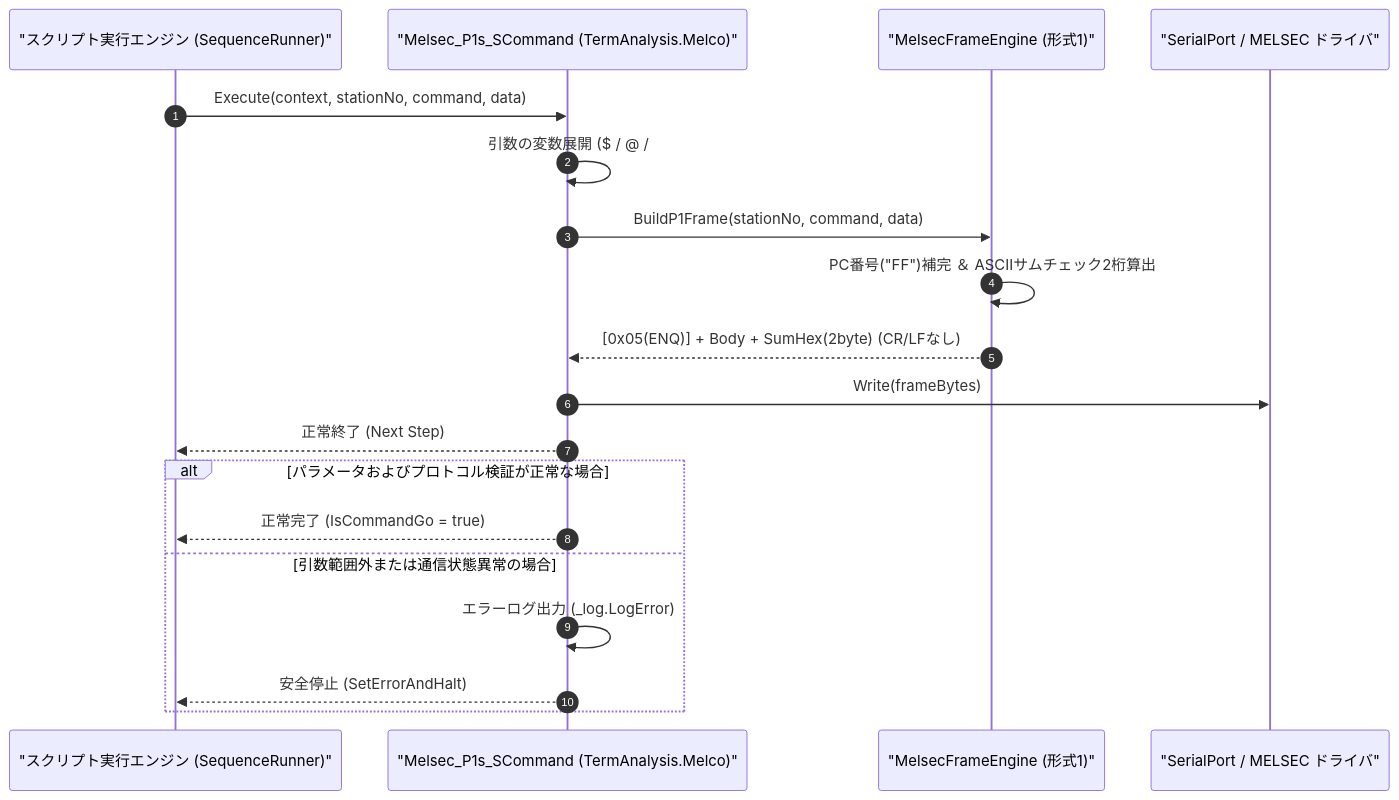
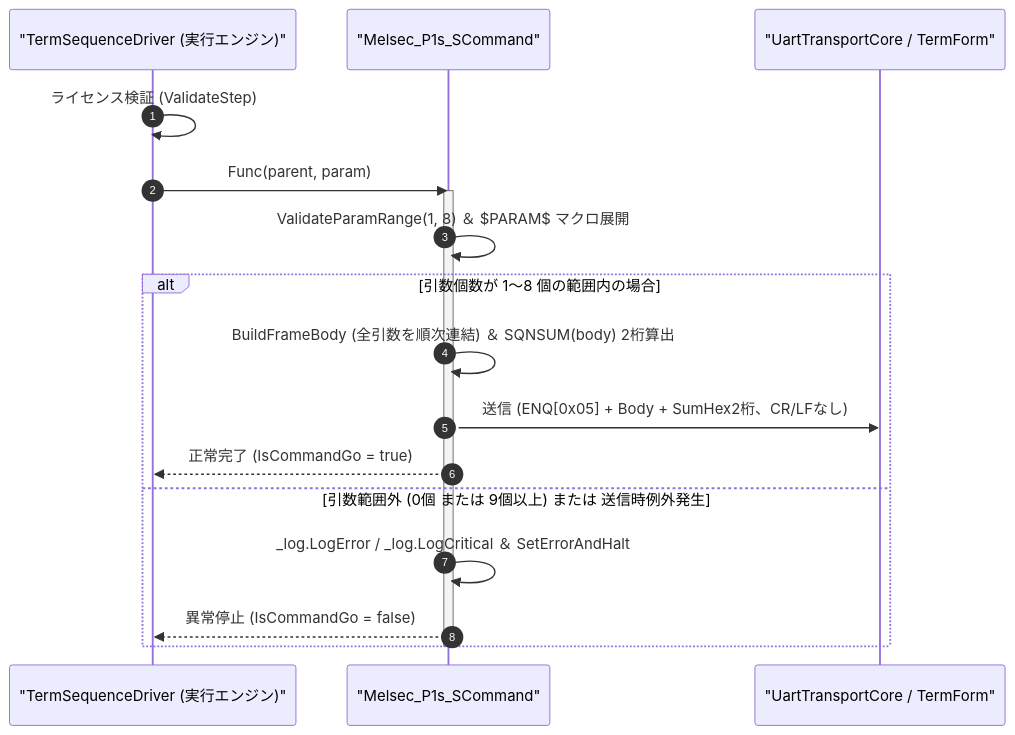
Before and after one commit to Monaca-App/TermAddIn: the diagram in Manual/Melco/Melsec_P1s_S.Md, drawn with Mermaid. The commit also changed other lines of this file and 157 other files, not shown here.

````diff
--- a/Manual/Melco/Melsec_P1s_S.Md
+++ b/Manual/Melco/Melsec_P1s_S.Md
@@ -70,22 +78,21 @@
 ```mermaid
 sequenceDiagram
     autonumber
-    participant Script as "スクリプト実行エンジン (SequenceRunner)"
-    participant Cmd as "Melsec_P1s_SCommand (TermAnalysis.Melco)"
-    participant Framing as "MelsecFrameEngine (形式1)"
-    participant Port as "SerialPort / MELSEC ドライバ"
+    participant Driver as "TermSequenceDriver (実行エンジン)"
+    participant Cmd as "Melsec_P1s_SCommand"
+    participant Port as "UartTransportCore / TermForm"
 
-    Script->>Cmd: Execute(context, stationNo, command, data)
-    Cmd->>Cmd: 引数の変数展開 ($ / @ / #)
-    Cmd->>Framing: BuildP1Frame(stationNo, command, data)
-    Framing->>Framing: PC番号("FF")補完 ＆ ASCIIサムチェック2桁算出
-    Framing-->>Cmd: [0x05(ENQ)] + Body + SumHex(2byte) (CR/LFなし)
-    Cmd->>Port: Write(frameBytes)
-    Cmd-->>Script: 正常終了 (Next Step)
-    alt パラメータおよびプロトコル検証が正常な場合
-        Cmd-->>Script: 正常完了 (IsCommandGo = true)
-    else 引数範囲外または通信状態異常の場合
-        Cmd->>Cmd: エラーログ出力 (_log.LogError)
-        Cmd-->>Script: 安全停止 (SetErrorAndHalt)
+    Driver->>Driver: ライセンス検証 (ValidateStep)
+    Driver->>Cmd: Func(parent, param)
+    activate Cmd
+    Cmd->>Cmd: ValidateParamRange(1, 8) ＆ $PARAM$ マクロ展開
+    alt 引数個数が 1〜8 個の範囲内の場合
+        Cmd->>Cmd: BuildFrameBody (全引数を順次連結) ＆ SQNSUM(body) 2桁算出
+        Cmd->>Port: 送信 (ENQ[0x05] + Body + SumHex2桁、CR/LFなし)
+        Cmd-->>Driver: 正常完了 (IsCommandGo = true)
+    else 引数範囲外 (0個 または 9個以上) または 送信時例外発生
+        Cmd->>Cmd: _log.LogError / _log.LogCritical ＆ SetErrorAndHalt
+        Cmd-->>Driver: 異常停止 (IsCommandGo = false)
     end
+    deactivate Cmd
 ```
````
